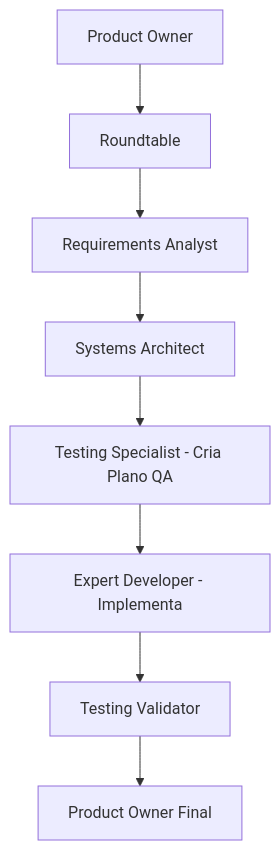
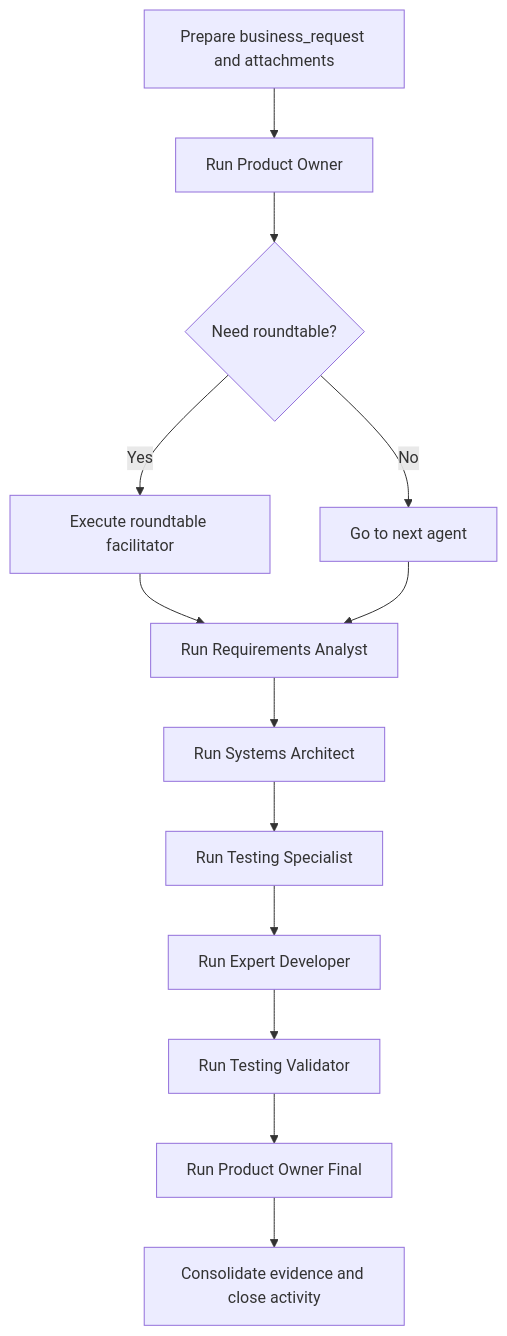
The second of 2 diagrams in .github/copilot-instructions.md (eliterickytech/WorkflowAgentsAI), drawn with Mermaid before and after one commit. The commit also changed other lines of this file and 59 other files, not shown here.

````diff
--- a/.github/copilot-instructions.md
+++ b/.github/copilot-instructions.md
@@ -86,10 +41,15 @@
 ```mermaid
-graph TD
-    PO[Product Owner] --> RT[Roundtable]
-    RT --> RA[Requirements Analyst]
-    RA --> SA[Systems Architect]
-    SA --> TS[Testing Specialist - Cria Plano QA]
-    TS --> ED[Expert Developer - Implementa]
-    ED --> TV[Testing Validator]
-    TV --> POF[Product Owner Final]
+flowchart TD
+    A[Prepare business_request and attachments] --> B[Run Product Owner]
+    B --> C{Need roundtable?}
+    C -->|Yes| D[Execute roundtable facilitator]
+    C -->|No| E[Go to next agent]
+    D --> F
+    E --> F[Run Requirements Analyst]
+    F --> G[Run Systems Architect]
+    G --> H[Run Testing Specialist]
+    H --> I[Run Expert Developer]
+    I --> J[Run Testing Validator]
+    J --> K[Run Product Owner Final]
+    K --> L[Consolidate evidence and close activity]
 ```
````
